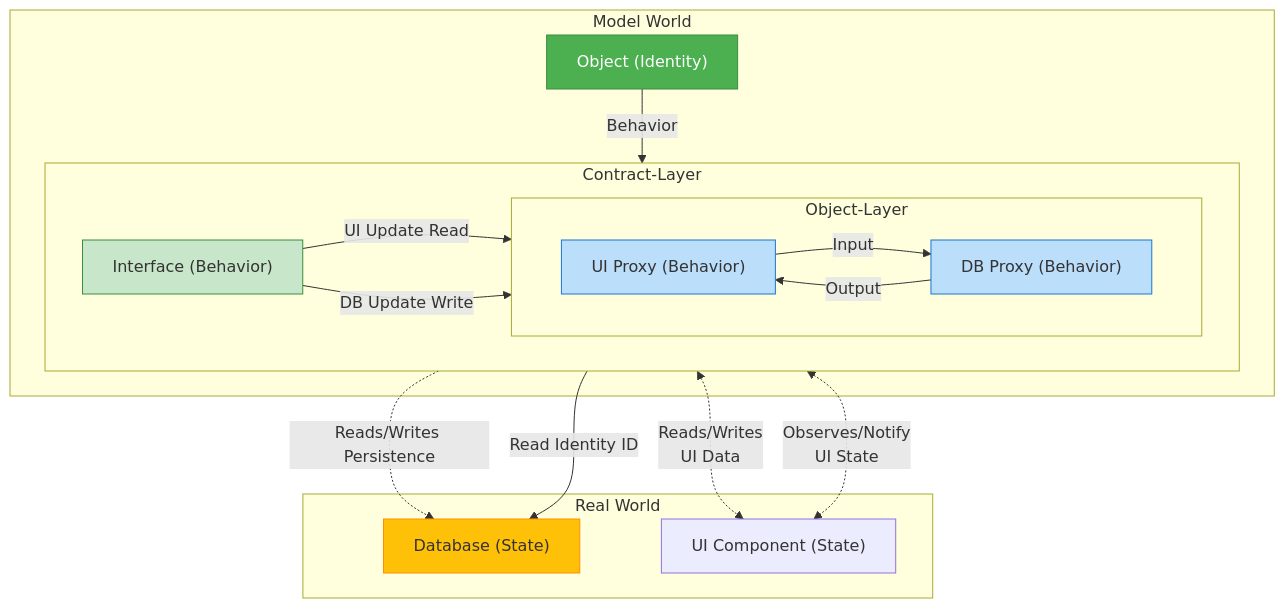
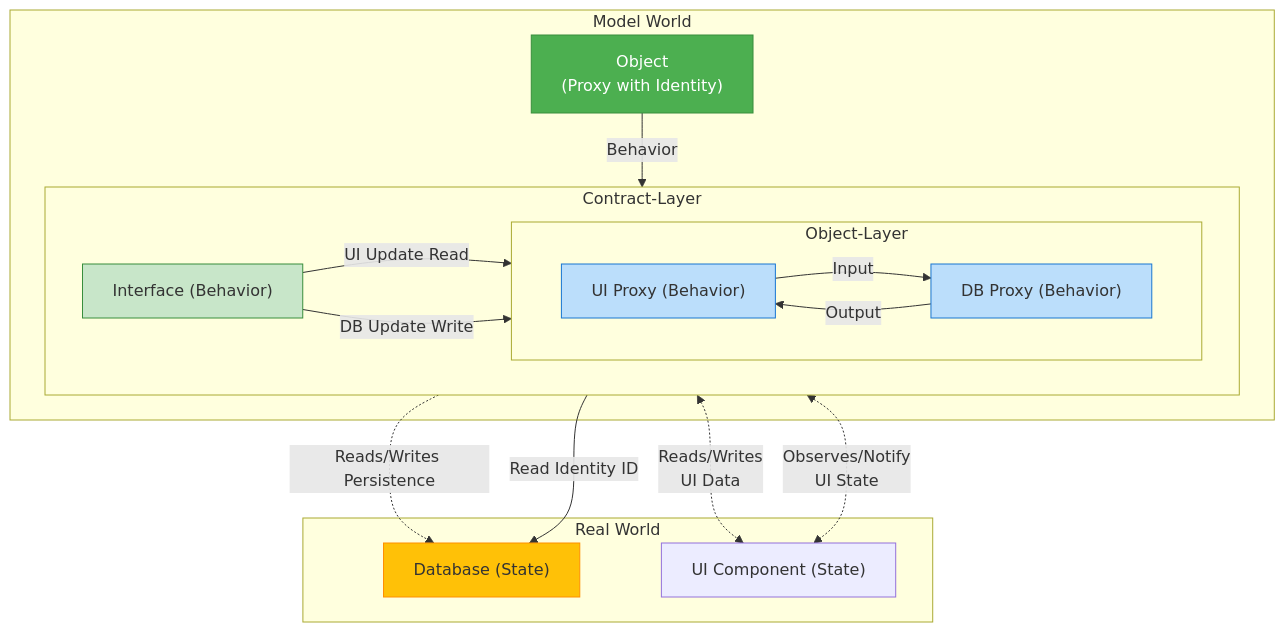
Before and after one commit to andreas-wagner-dev/object-oriented-learning-journey: the diagram in blog/003_oop_immutable_object.md, drawn with Mermaid.

````diff
--- a/blog/003_oop_immutable_object.md
+++ b/blog/003_oop_immutable_object.md
@@ -8,58 +8,58 @@
 ```mermaid
 %% Diagram 3: Simplified Flow of Data Animation and Behavior Delegation
 graph TB
     %% 1. Immutable Domain Object 
     subgraph Model World
 
-        A["Object (Identity)"]
+        A["Object<br/>(Proxy with Identity)"]
         style A fill:#4CAF50,stroke:#388E3C,color:#fff
 
         %% 2. The Contract and Behavior Delegation
         subgraph Contract-Layer
         direction LR
             B["Interface (Behavior)"]
             style B fill:#C8E6C9,stroke:#388E3C
         
             %% 3. Technical Object Layers<br/>(Real World Interface)
             subgraph Object-Layer
              direction LR
                 C["UI Proxy (Behavior)"]
                 D["DB Proxy (Behavior)"]
 
                 style C fill:#BBDEFB,stroke:#1976D2
                 style D fill:#BBDEFB,stroke:#1976D2
             
                 %% Internal interface communication.
             
    
 
             end
 
         end
 
     end
 
     %% 4. The Real Mutable Data Storage
     subgraph Real World
         F["Database (State)"]
         style F fill:#FFC107,stroke:#FF8F00
 
         C <-.->|Reads/Writes<br/>UI Data| E["UI Component (State)"]
         C <-.->|Observes/Notify<br/>UI State| E
         D -.->|Reads/Writes Persistence| F
     end
     
     %% The Immutable Object holds the key and delegates all work to the interface.
 
 
     A -- Behavior --> B
     D -- Read Identity ID --> F
 
     %% The Interface is implemented by the technical components.
 
     B -- UI Update Read --> C
     B -- DB Update Write --> D
 
    C -- Input --> D
    D -- Output --> C
 ```
````
